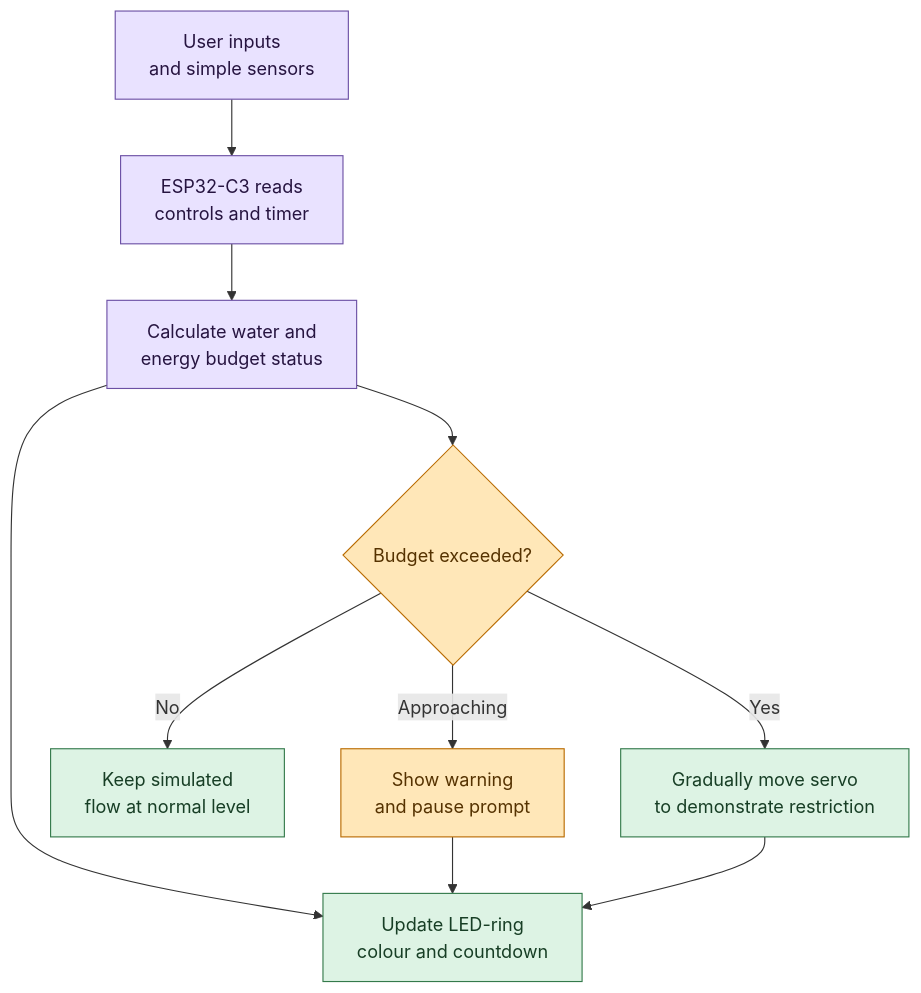
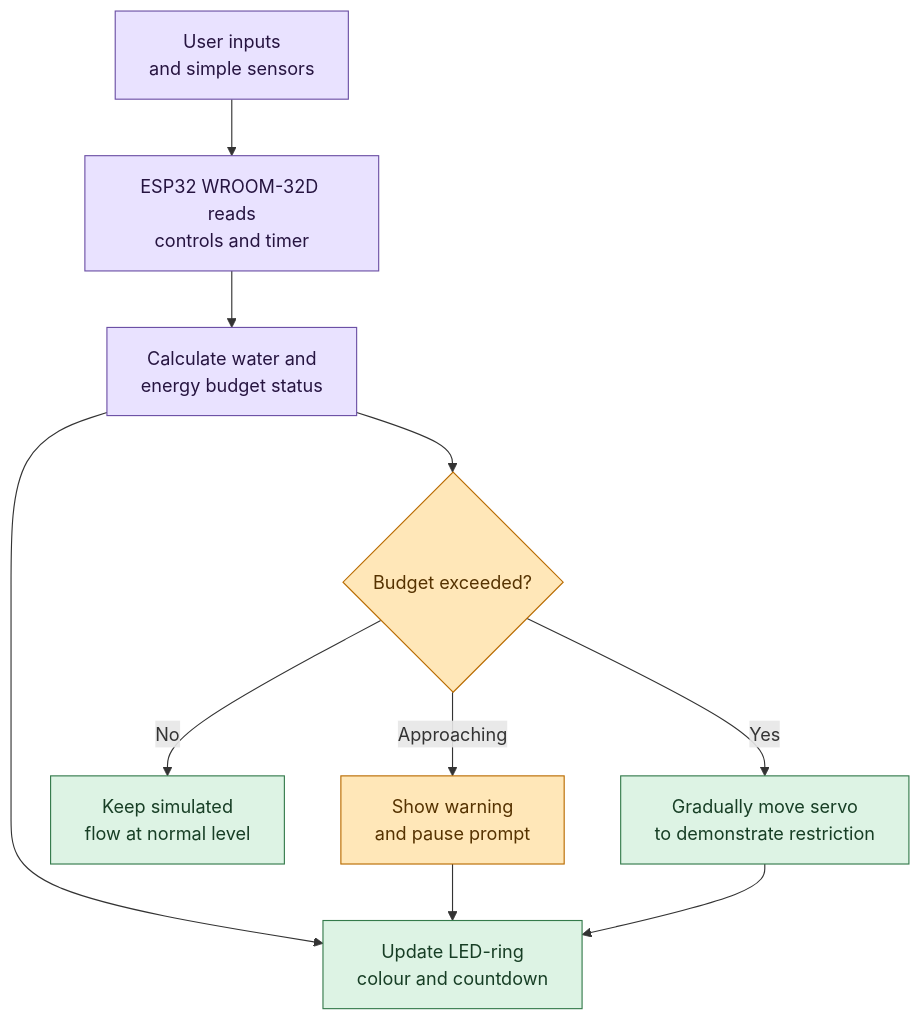
One commit to akbar-q/Embedded-Programming changed the second of 4 diagrams in Smart Shower Water Conservation System/README.md. Above: the diagram before and after it, drawn with Mermaid. The commit also changed other lines of this file and 6 other files, not shown here.

````diff
--- a/Smart Shower Water Conservation System/README.md
+++ b/Smart Shower Water Conservation System/README.md
@@ -128,19 +128,19 @@
 ```mermaid
 flowchart TD
-  Inputs[User inputs\nand simple sensors] --> Read[ESP32-C3 reads\ncontrols and timer]
+  Inputs[User inputs\nand simple sensors] --> Read[ESP32 WROOM-32D reads\ncontrols and timer]
   Read --> Budget[Calculate water and\nenergy budget status]
   Budget --> Display[Update LED-ring\ncolour and countdown]
   Budget --> Decision{Budget exceeded?}
   Decision -- No --> Normal[Keep simulated\nflow at normal level]
   Decision -- Approaching --> Warn[Show warning\nand pause prompt]
   Decision -- Yes --> Restrict[Gradually move servo\nto demonstrate restriction]
   Warn --> Display
   Restrict --> Display
 
   classDef process fill:#E9E2FF,stroke:#6C50A5,color:#261440;
   classDef action fill:#DDF3E4,stroke:#347A4B,color:#173E25;
   classDef warning fill:#FFE7B8,stroke:#B96B00,color:#553200;
   class Inputs,Read,Budget process;
   class Display,Normal,Restrict action;
   class Decision,Warn warning;
 ```
````
